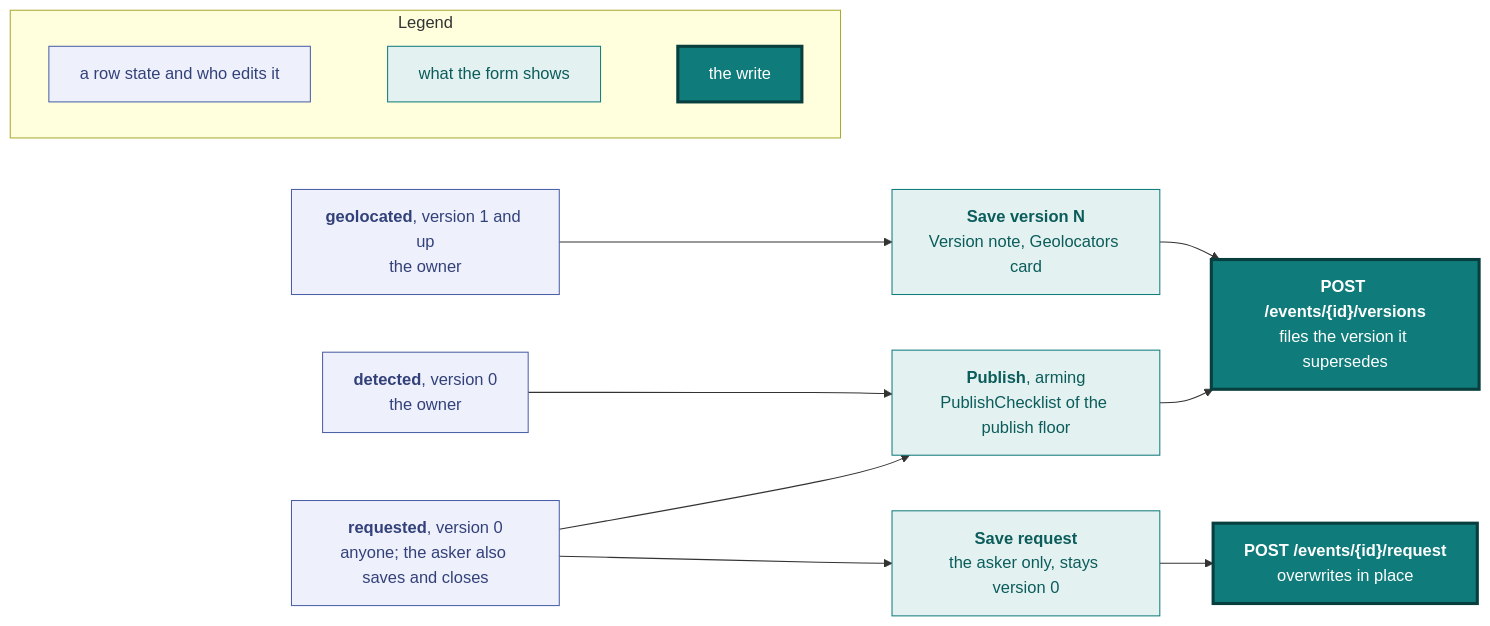
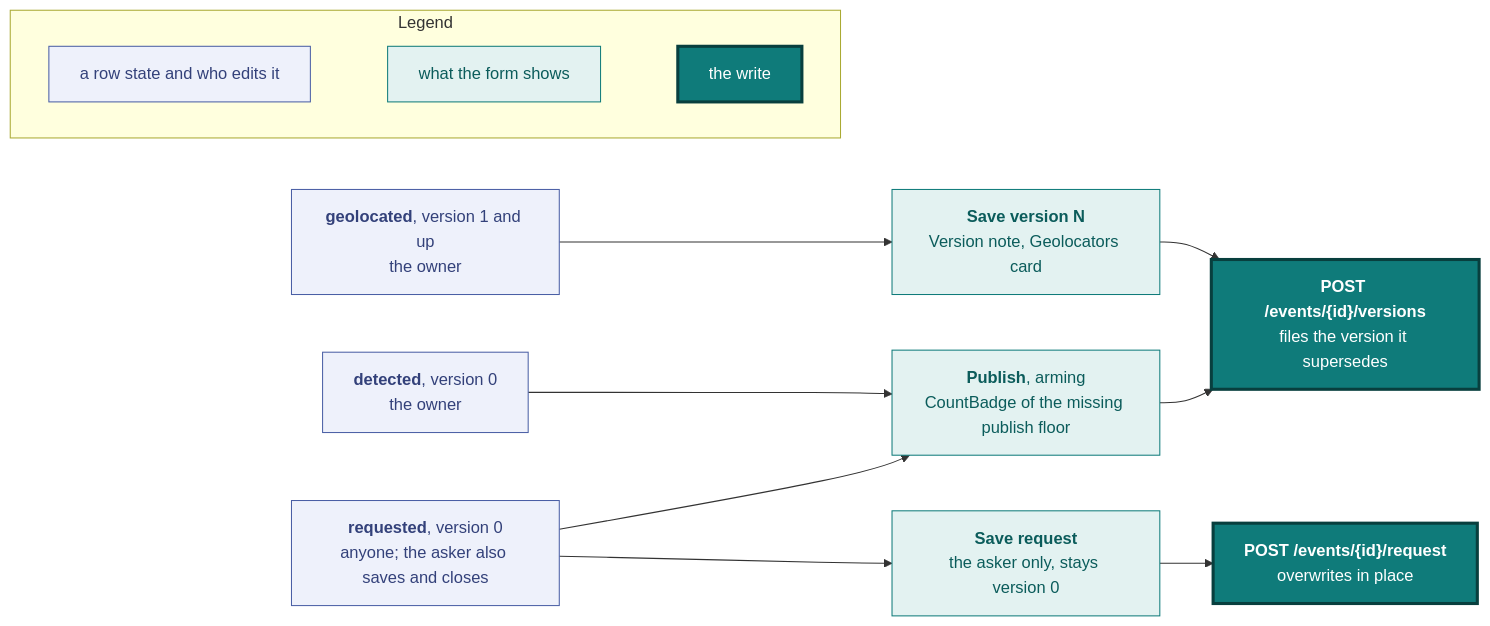
Before and after one commit to vidithq/vidit: the tenth of 15 diagrams in docs/design.md, drawn with Mermaid. The commit also changed other lines of this file and 13 other files, not shown here.

First line of the commit message:
feat(frontend): count missing conditions on the publish buttons

````diff
--- a/docs/design.md
+++ b/docs/design.md
@@ -961,38 +962,38 @@
 ```mermaid
 flowchart LR
   classDef spec fill:#eef1fb,stroke:#4a5fa5,color:#33417a
   classDef shared fill:#e3f2f1,stroke:#0f7b7a,color:#0b5c5b
   classDef core fill:#0f7b7a,stroke:#083f3e,stroke-width:3px,color:#ffffff
 
   subgraph legend [Legend]
     direction LR
     l1["`a row state and who edits it`"]:::spec
     l2["`what the form shows`"]:::shared
     l3["`the write`"]:::core
     l1 ~~~ l2 ~~~ l3
   end
 
   request["`**requested**, version 0
   anyone; the asker also saves and closes`"]:::spec
   detection["`**detected**, version 0
   the owner`"]:::spec
   published["`**geolocated**, version 1 and up
   the owner`"]:::spec
   publish["`**Publish**, arming
-  PublishChecklist of the publish floor`"]:::shared
+  CountBadge of the missing publish floor`"]:::shared
   save_request["`**Save request**
   the asker only, stays version 0`"]:::shared
   save["`**Save version N**
   Version note, Geolocators card`"]:::shared
   versions["`**POST /events/{id}/versions**
   files the version it supersedes`"]:::core
   request_write["`**POST /events/{id}/request**
   overwrites in place`"]:::core
 
   request --> publish
   request --> save_request --> request_write
   detection --> publish
   published --> save
   publish --> versions
   save --> versions
 ```
````
